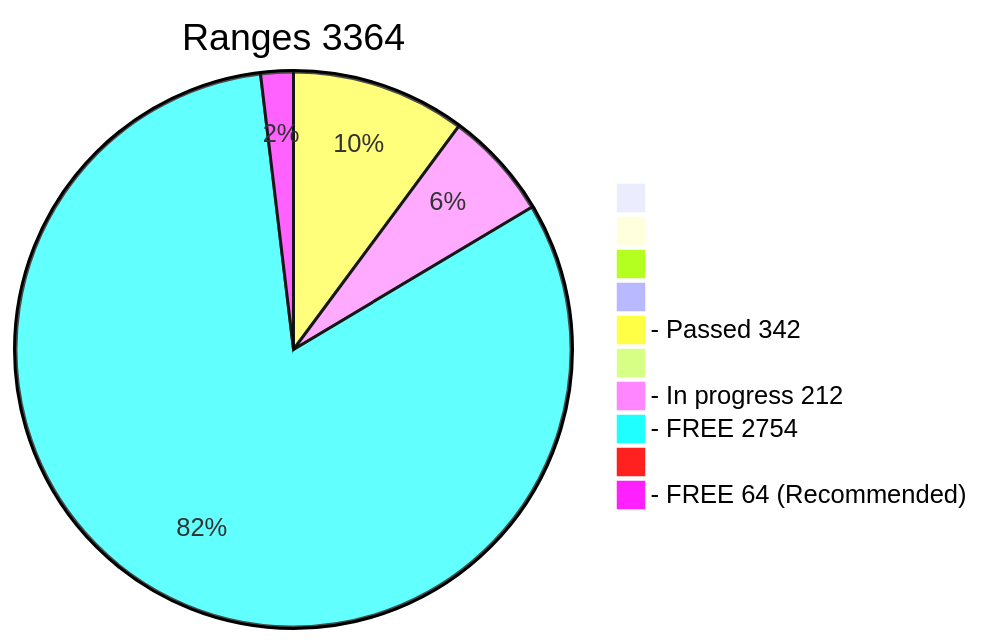
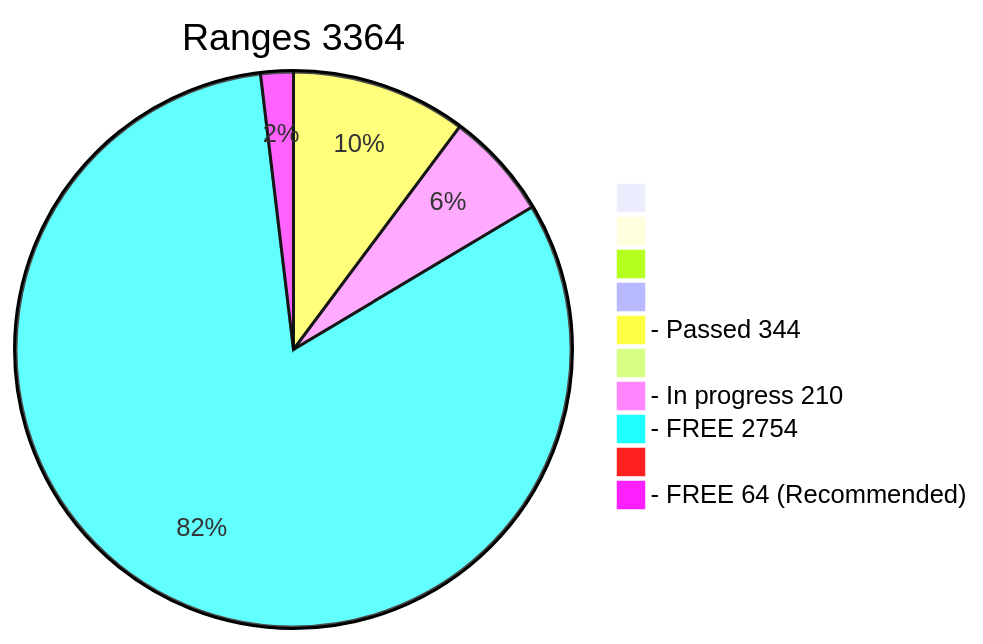
Before and after one commit to phrutis/wif500: the diagram in x64/Release/table.md, drawn with Mermaid. The commit also changed other lines of this file, not shown here.

````diff
--- a/x64/Release/table.md
+++ b/x64/Release/table.md
@@ -2,13 +2,13 @@
 ```mermaid
 pie title Ranges 3364
   " " : 0
   "  " : 0
   "   " : 0
   "    " : 0
-  "- Passed 342" : 342
+  "- Passed 344" : 344
   "     " : 0
-  "- In progress 212" : 212
+  "- In progress 210" : 210
   "- FREE 2754" : 2754
   "      " : 0
   "- FREE 64 (Recommended)" : 64
 ```
````
